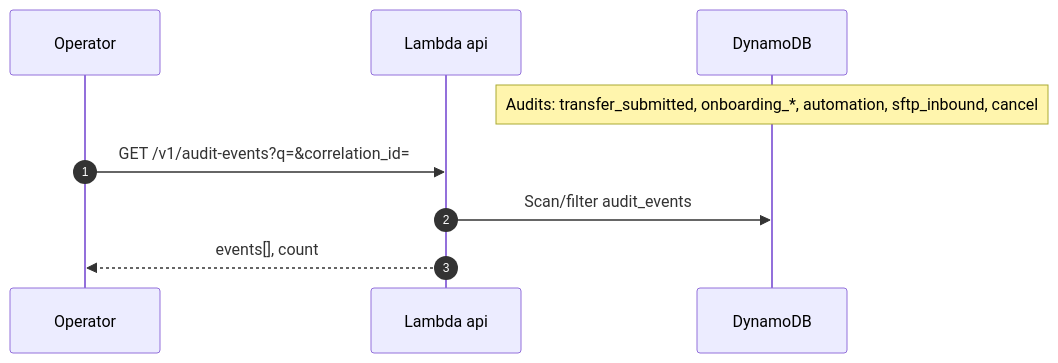
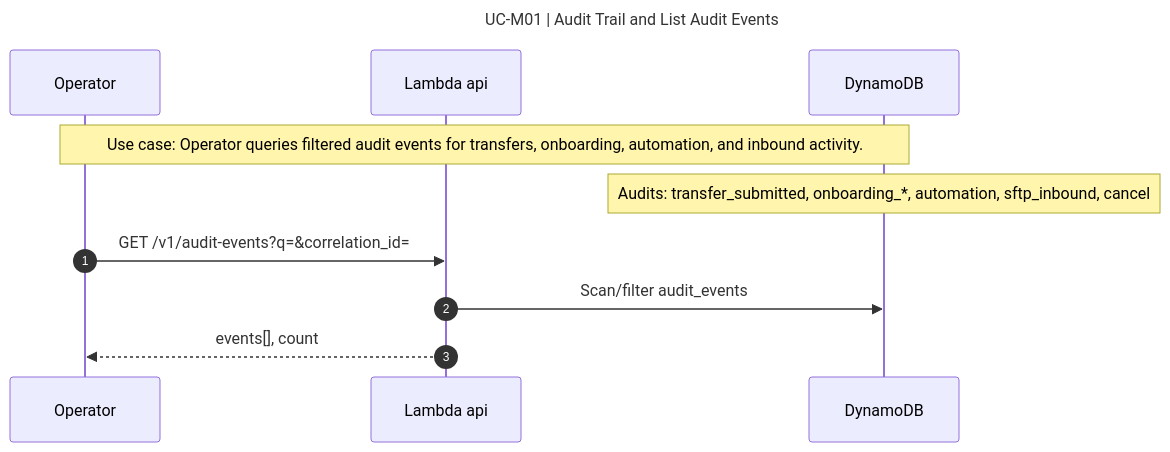
One commit to bayareala8s/BayRelayAI changed the diagram in docs/sequence-diagrams/mmd/UC-M01.mmd. Above: the diagram before and after it, drawn with Mermaid. The commit also changed 68 other files, not shown here.

First line of the commit message:
Add title and use-case labels to all sequence diagrams.

```diff
--- a/docs/sequence-diagrams/mmd/UC-M01.mmd
+++ b/docs/sequence-diagrams/mmd/UC-M01.mmd
@@ -1,10 +1,14 @@
+---
+title: UC-M01 | Audit Trail and List Audit Events
+---
 sequenceDiagram
   autonumber
   participant Op as Operator
   participant API as Lambda api
   participant DDB as DynamoDB
+  Note over Op,DDB: Use case: Operator queries filtered audit events for transfers, onboarding, automation, and inbound activity.
 
   Note over DDB: Audits: transfer_submitted, onboarding_*, automation, sftp_inbound, cancel
   Op->>API: GET /v1/audit-events?q=&correlation_id=
   API->>DDB: Scan/filter audit_events
   API-->>Op: events[], count
```
